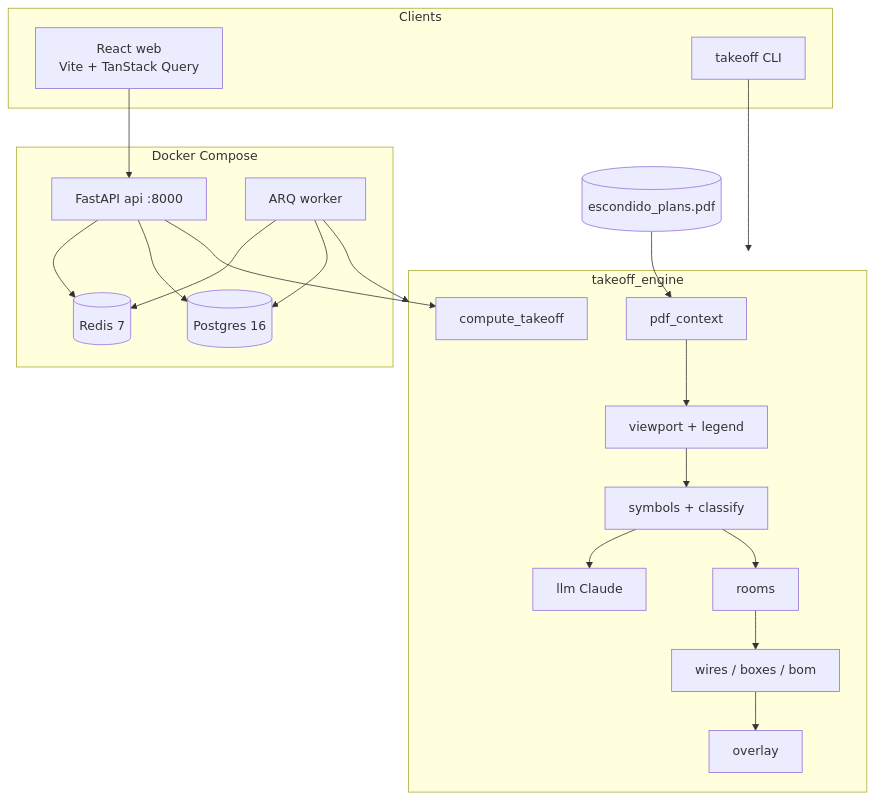
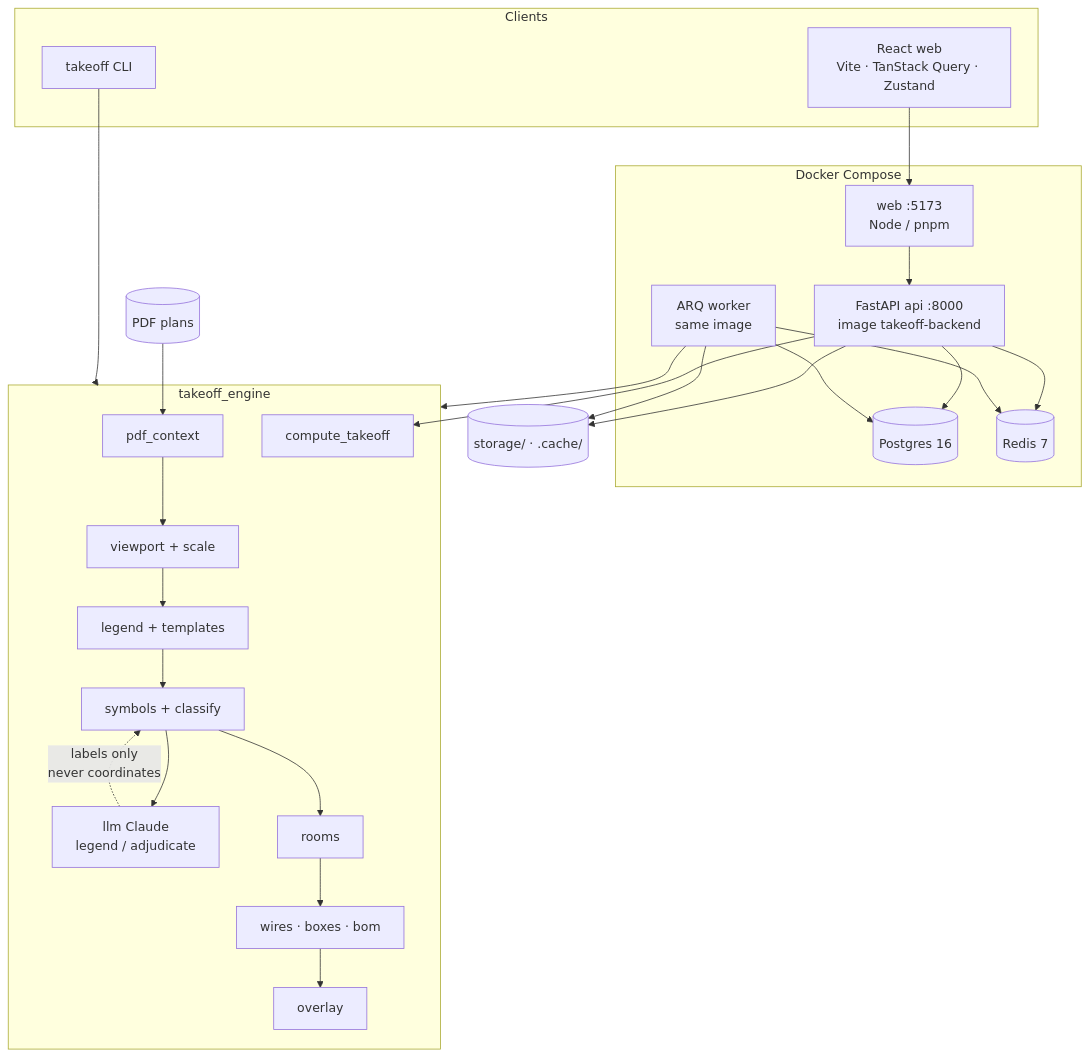
Before and after one commit to sangonzzz/ai-electrical-takeoff: the first of 2 diagrams in docs/architecture.md, drawn with Mermaid. The commit also changed other lines of this file and 2 other files, not shown here.

First line of the commit message:
[A1] docs: final README and architecture for phase 2

````diff
--- a/docs/architecture.md
+++ b/docs/architecture.md
@@ -8,39 +12,48 @@
 ```mermaid
 flowchart TB
   subgraph clients [Clients]
-    WEB[React web<br/>Vite + TanStack Query]
+    WEB[React web<br/>Vite · TanStack Query · Zustand]
     CLI[takeoff CLI]
   end
 
   subgraph compose [Docker Compose]
-    API[FastAPI api :8000]
-    WRK[ARQ worker]
+    API[FastAPI api :8000<br/>image takeoff-backend]
+    WRK[ARQ worker<br/>same image]
     DB[(Postgres 16)]
     REDIS[(Redis 7)]
+    WEBCTR[web :5173<br/>Node / pnpm]
   end
 
   subgraph engine [takeoff_engine]
     PC[pdf_context]
-    VP[viewport + legend]
+    VP[viewport + scale]
+    LG[legend + templates]
     SY[symbols + classify]
+    LLM[llm Claude<br/>legend / adjudicate]
     RM[rooms]
-    LLM[llm Claude]
-    BOM[wires / boxes / bom]
+    BOM[wires · boxes · bom]
     TO[compute_takeoff]
     OV[overlay]
   end
 
-  PDF[(escondido_plans.pdf)]
-  WEB --> API
+  PDF[(PDF plans)]
+  STORE[(storage/ · .cache/)]
+
+  WEB --> WEBCTR
+  WEBCTR --> API
   CLI --> engine
   API --> REDIS
   WRK --> REDIS
   API --> DB
   WRK --> DB
   WRK --> engine
   API --> TO
+  API --> STORE
+  WRK --> STORE
   PDF --> PC
-  PC --> VP --> SY --> LLM
+  PC --> VP --> LG --> SY
+  SY --> LLM
   SY --> RM --> BOM
   BOM --> OV
+  LLM -.->|labels only<br/>never coordinates| SY
 ```
````
